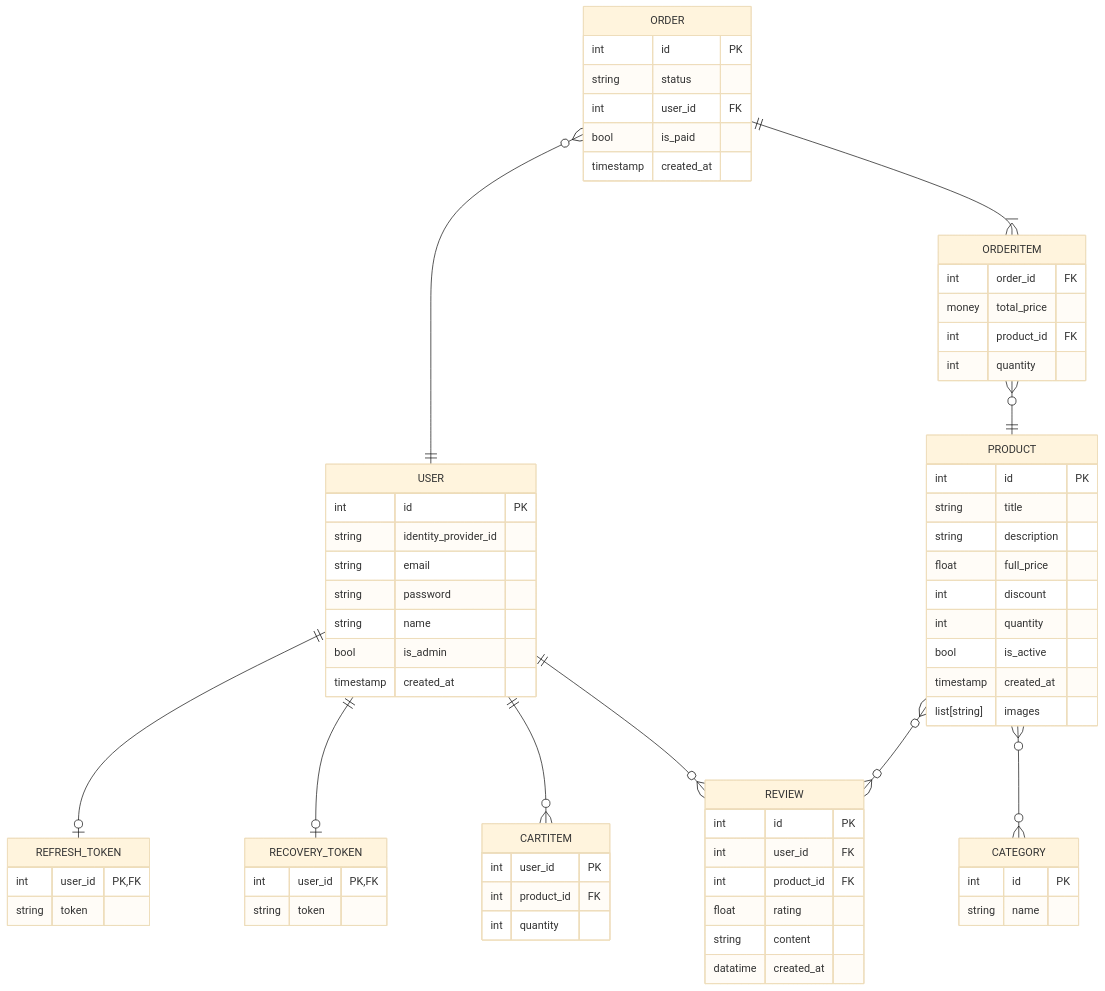
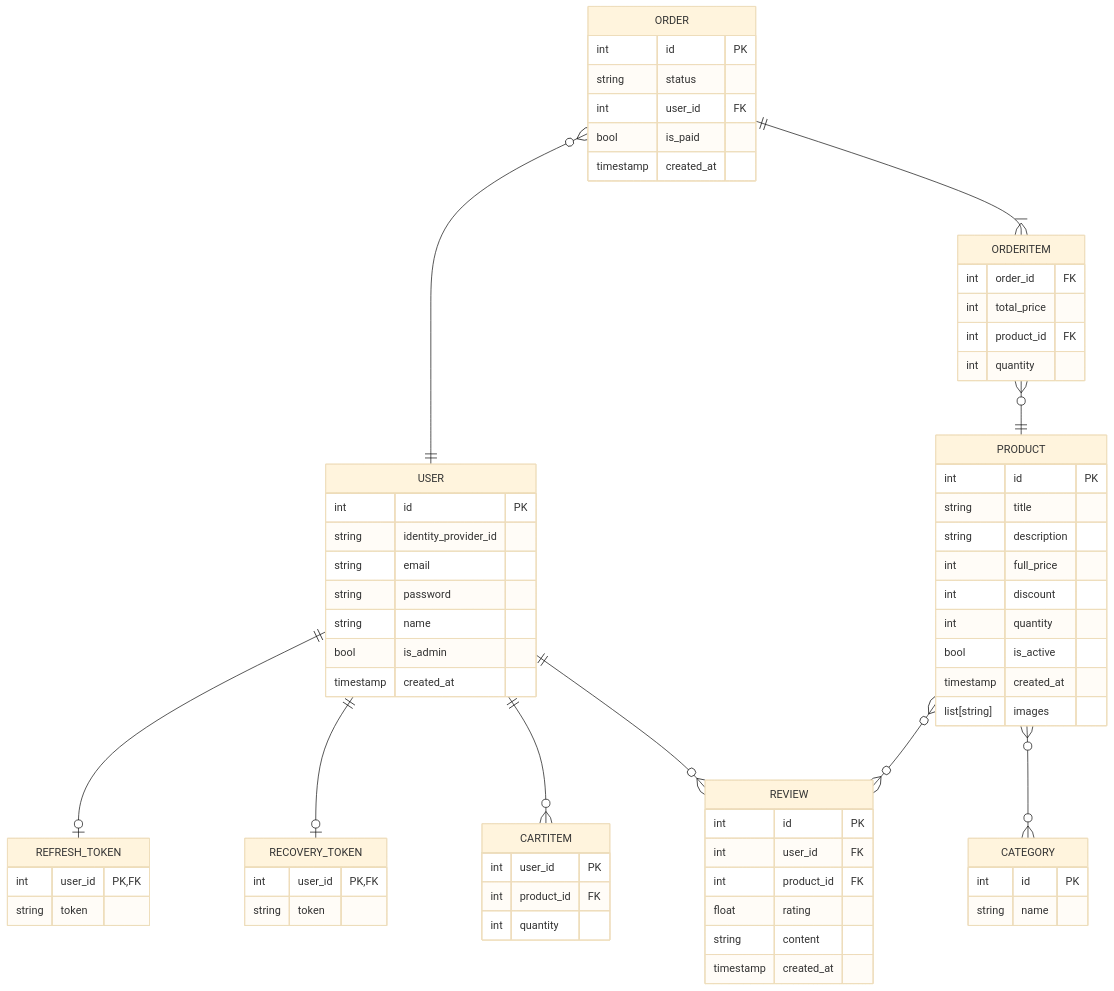
One commit to ivan-22-3-5/e-commerce changed the diagram in backend/er.md. Above: the diagram before and after it, drawn with Mermaid (base theme).

Commit message:
docs(er): update data types in ER schema for consistency and clarity

````diff
--- a/backend/er.md
+++ b/backend/er.md
@@ -1,79 +1,79 @@
 ```mermaid
 erDiagram
     PRODUCT {
         int id PK
         string title
         string description
-        float full_price
+        int full_price
         int discount
         int quantity
         bool is_active
         timestamp created_at
         list[string] images
     }
 
     USER {
         int id PK
         string identity_provider_id
         string email
         string password
         string name
         bool is_admin
         timestamp created_at
     }
 
     CATEGORY {
         int id PK
         string name
     }
 
     CARTITEM {
         int user_id PK
         int product_id FK
         int quantity
     }
 
     ORDER {
         int id PK
         string status
         int user_id FK
         bool is_paid
         timestamp created_at
     }
 
     REFRESH_TOKEN {
         int user_id PK, FK
         string token
     }
 
     RECOVERY_TOKEN {
         int user_id PK, FK
         string token
     }
 
     ORDERITEM {
         int order_id FK
-        money total_price
+        int total_price
         int product_id FK
         int quantity
     }
 
     REVIEW {
         int id PK
         int user_id FK
         int product_id FK
         float rating
         string content
-        datatime created_at
+        timestamp created_at
     }
 
     PRODUCT }o--o{ CATEGORY: ""
     ORDER }o--|| USER: ""
     ORDER ||--|{ ORDERITEM: ""
     ORDERITEM }o--|| PRODUCT: ""
     USER ||--o| REFRESH_TOKEN: ""
     USER ||--o| RECOVERY_TOKEN: ""
     USER ||--o{ CARTITEM: ""
     USER ||--o{ REVIEW: ""
     PRODUCT }o--o{ REVIEW: ""
 ```
````
